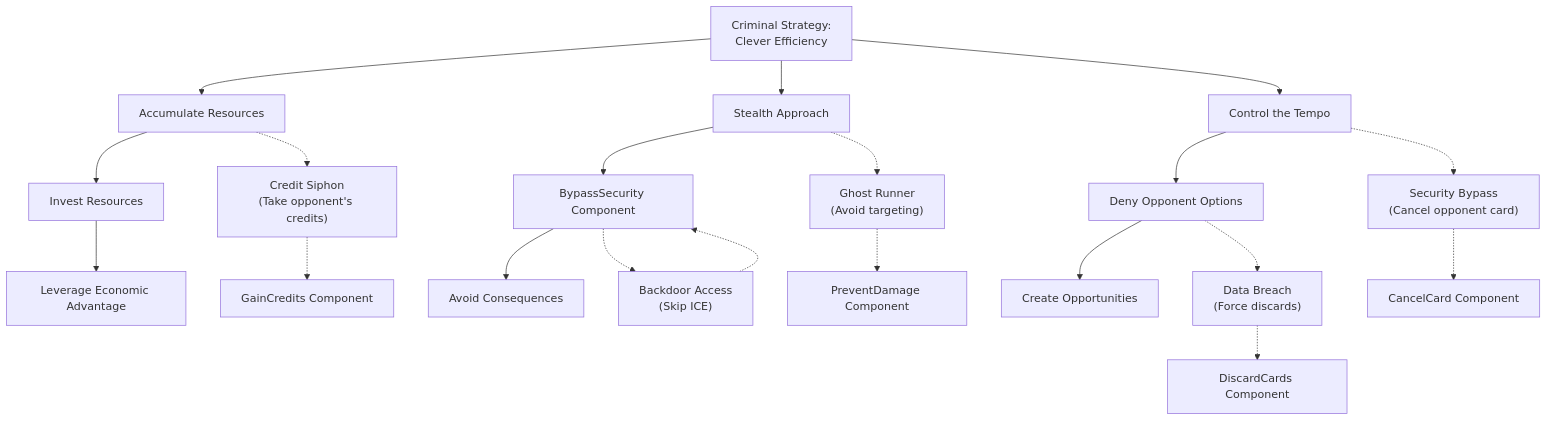
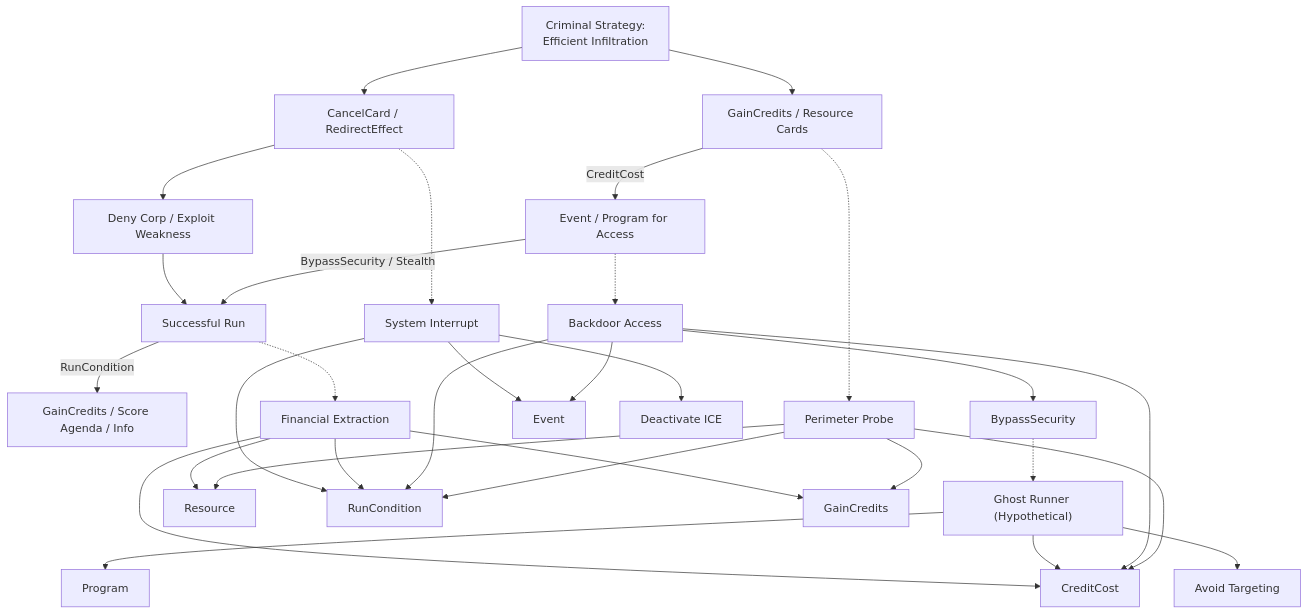
The second of 4 diagrams in component_relationship_matrix.md (twilwa/MoreRunner), drawn with Mermaid before and after one commit. The commit also changed other lines of this file and 5 other files, not shown here.

First line of the commit message:
Fix runtime error in card execution and update documentation.  Addresses a "require is not defined" error and updates markdown files with revised specifications for the Runner faction.

````diff
--- a/component_relationship_matrix.md
+++ b/component_relationship_matrix.md
@@ -164,28 +158,25 @@
 ```mermaid
 graph TD
-    CriminalStrategy["Criminal Strategy:\nClever Efficiency"] --> ResourceAccumulation["Accumulate Resources"]
-    ResourceAccumulation --> InvestResources["Invest Resources"]
-    InvestResources --> LeverageAdvantage["Leverage Economic Advantage"]
-    
-    CriminalStrategy --> StealthApproach["Stealth Approach"] 
-    StealthApproach --> BypassSecurity["Bypass Security"]
-    BypassSecurity --> AvoidConsequences["Avoid Consequences"]
-    
-    CriminalStrategy --> ControlTheGame["Control the Tempo"]
-    ControlTheGame --> DenyOpponent["Deny Opponent Options"]
-    DenyOpponent --> CreateOpportunities["Create Opportunities"]
-    
-    %% Key cards and components
-    ResourceAccumulation -.-> CreditSiphon["Credit Siphon\n(Take opponent's credits)"]
-    StealthApproach -.-> GhostRunner["Ghost Runner\n(Avoid targeting)"]
-    BypassSecurity -.-> BackdoorAccess["Backdoor Access\n(Skip ICE)"]
-    ControlTheGame -.-> SecurityBypass["Security Bypass\n(Cancel opponent card)"]
-    DenyOpponent -.-> DataBreach["Data Breach\n(Force discards)"]
-    
-    %% Components used
-    CreditSiphon -.-> GainCredits["GainCredits Component"]
-    GhostRunner -.-> PreventDamage["PreventDamage Component"]
-    BackdoorAccess -.-> BypassSecurity["BypassSecurity Component"]
-    SecurityBypass -.-> CancelCard["CancelCard Component"]
-    DataBreach -.-> DiscardCards["DiscardCards Component"]
+    CriminalStrategy["Criminal Strategy:\nEfficient Infiltration"] --> EconomyEngine["GainCredits / Resource Cards"]
+    EconomyEngine -- CreditCost --> PayForAccess["Event / Program for Access"]
+    PayForAccess -- BypassSecurity / Stealth --> GainAccess["Successful Run"]
+    GainAccess -- RunCondition --> Profit["GainCredits / Score Agenda / Info"]
+
+    CriminalStrategy --> Control["CancelCard / RedirectEffect"]
+    Control --> CreateOpening["Deny Corp / Exploit Weakness"]
+    CreateOpening --> GainAccess
+
+    %% Key cards and components (Examples)
+    EconomyEngine -.-> PerimeterProbe["Perimeter Probe"]
+    PayForAccess -.-> BackdoorAccess["Backdoor Access"]
+    BypassSecurity -.-> GhostRunner["Ghost Runner (Hypothetical)"]
+    GainAccess -.-> FinancialExtraction["Financial Extraction"]
+    Control -.-> SystemInterrupt["System Interrupt"]
+
+    %% Components Used
+    PerimeterProbe --> Resource; PerimeterProbe --> CreditCost; PerimeterProbe --> RunCondition; PerimeterProbe --> GainCredits
+    BackdoorAccess --> Event; BackdoorAccess --> CreditCost; BackdoorAccess --> RunCondition; BackdoorAccess --> BypassSecurity
+    GhostRunner --> Program; GhostRunner --> CreditCost; GhostRunner --> PreventDamage["Avoid Targeting"]
+    FinancialExtraction --> Resource; FinancialExtraction --> CreditCost; FinancialExtraction --> RunCondition; FinancialExtraction --> GainCredits
+    SystemInterrupt --> Event; SystemInterrupt --> RunCondition; SystemInterrupt --> ModifyTarget["Deactivate ICE"]
 ```
````
